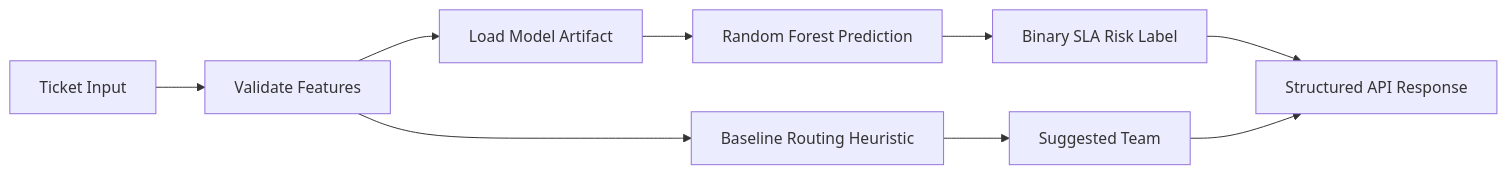
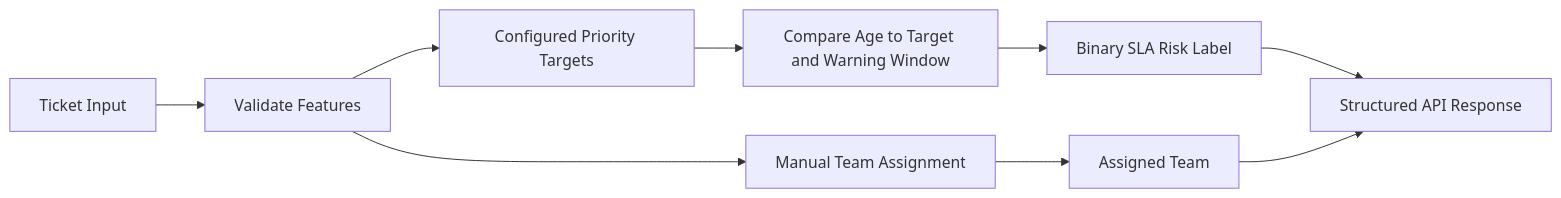
The second of 2 diagrams in README.md (Ganeshbasani/AI-Powered-Ticket-Routing-System), drawn with Mermaid before and after one commit. The commit also changed other lines of this file and 42 other files, not shown here.

Commit message:
Upgrade AI ticket routing and SLA prediction system

````diff
--- a/README.md
+++ b/README.md
@@ -119,11 +146,11 @@
 ```mermaid
 flowchart LR
     A[Ticket Input] --> B[Validate Features]
-    B --> C[Load Model Artifact]
-    C --> D[Random Forest Prediction]
+    B --> C[Configured Priority Targets]
+    C --> D[Compare Age to Target and Warning Window]
     D --> E[Binary SLA Risk Label]
-    B --> F[Baseline Routing Heuristic]
-    F --> G[Suggested Team]
+    B --> F[Manual Team Assignment]
+    F --> G[Assigned Team]
     E --> H[Structured API Response]
     G --> H
 ```
````
